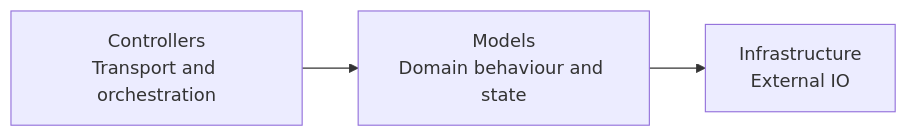
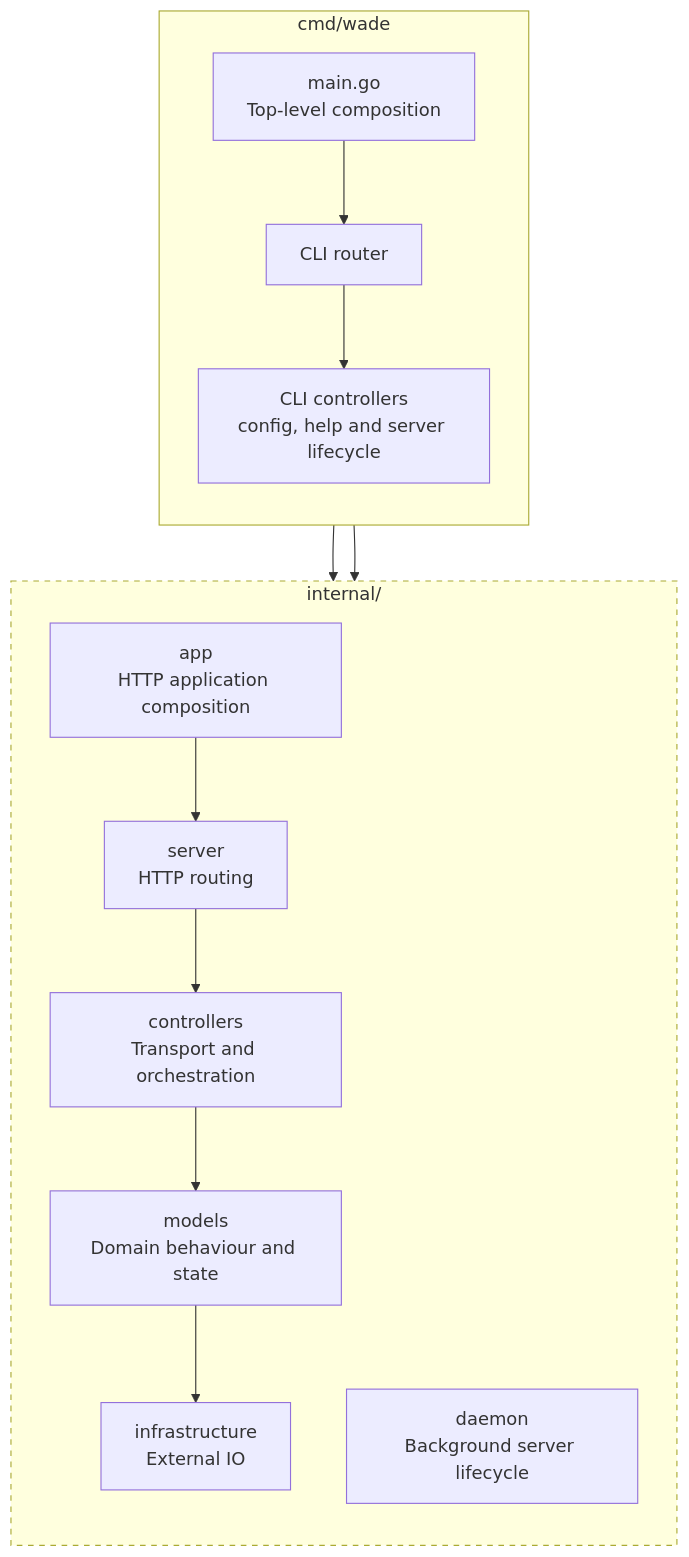
Before and after one commit to danielronalds/wade: the diagram in docs/backend-architecture.md, drawn with Mermaid.

Commit message:
docs: expand backend structure diagram

````diff
--- a/docs/backend-architecture.md
+++ b/docs/backend-architecture.md
@@ -11,8 +11,27 @@
 ```mermaid
-flowchart LR
-    Controllers[Controllers<br/>Transport and orchestration]
-    Models[Models<br/>Domain behaviour and state]
-    Infrastructure[Infrastructure<br/>External IO]
+flowchart TB
+    subgraph Command["cmd/wade"]
+        direction TB
+        Main["main.go<br/>Top-level composition"]
+        Router["CLI router"]
+        Commands["CLI controllers<br/>config, help and server lifecycle"]
+        Main --> Router --> Commands
+    end
 
-    Controllers --> Models --> Infrastructure
+    subgraph Core["internal/"]
+        direction TB
+        App["app<br/>HTTP application composition"]
+        Server["server<br/>HTTP routing"]
+        Controllers["controllers<br/>Transport and orchestration"]
+        Models["models<br/>Domain behaviour and state"]
+        Infrastructure["infrastructure<br/>External IO"]
+        Daemon["daemon<br/>Background server lifecycle"]
+
+        App --> Server --> Controllers --> Models --> Infrastructure
+    end
+
+    Commands --> App
+    Commands --> Daemon
+
+    style Core stroke-dasharray: 5 5
 ```
````
